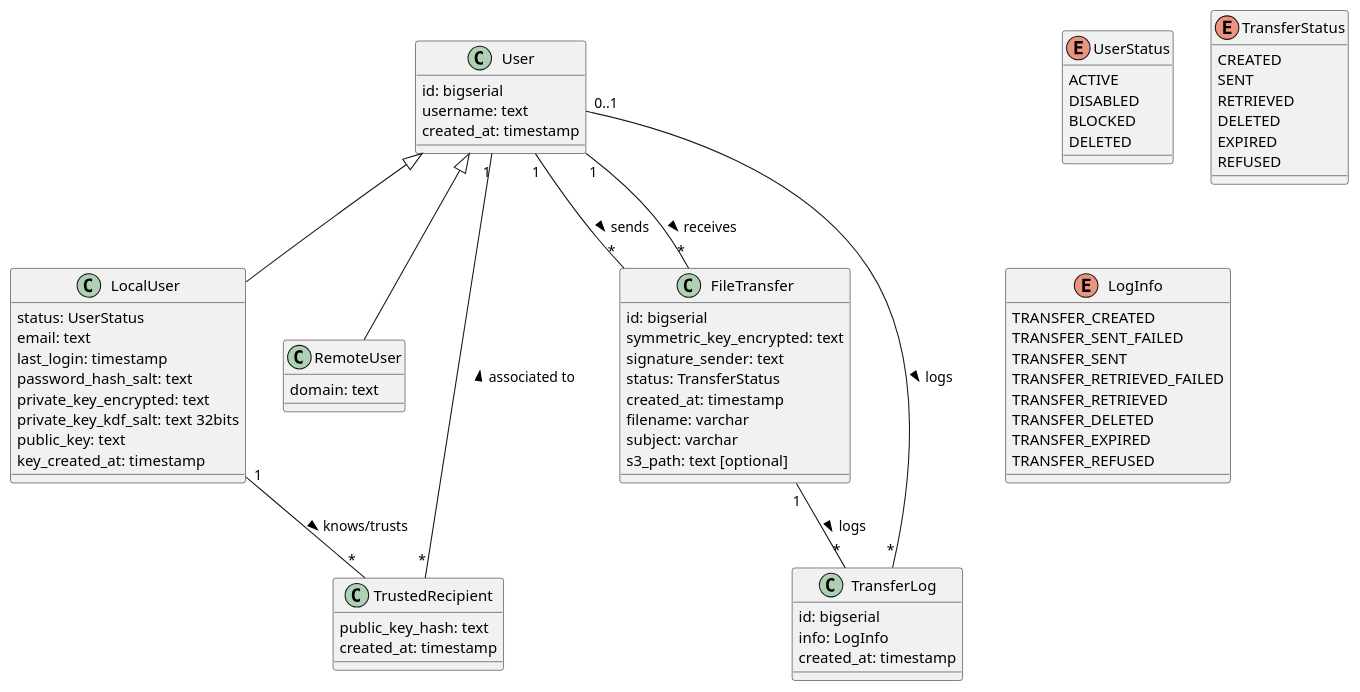
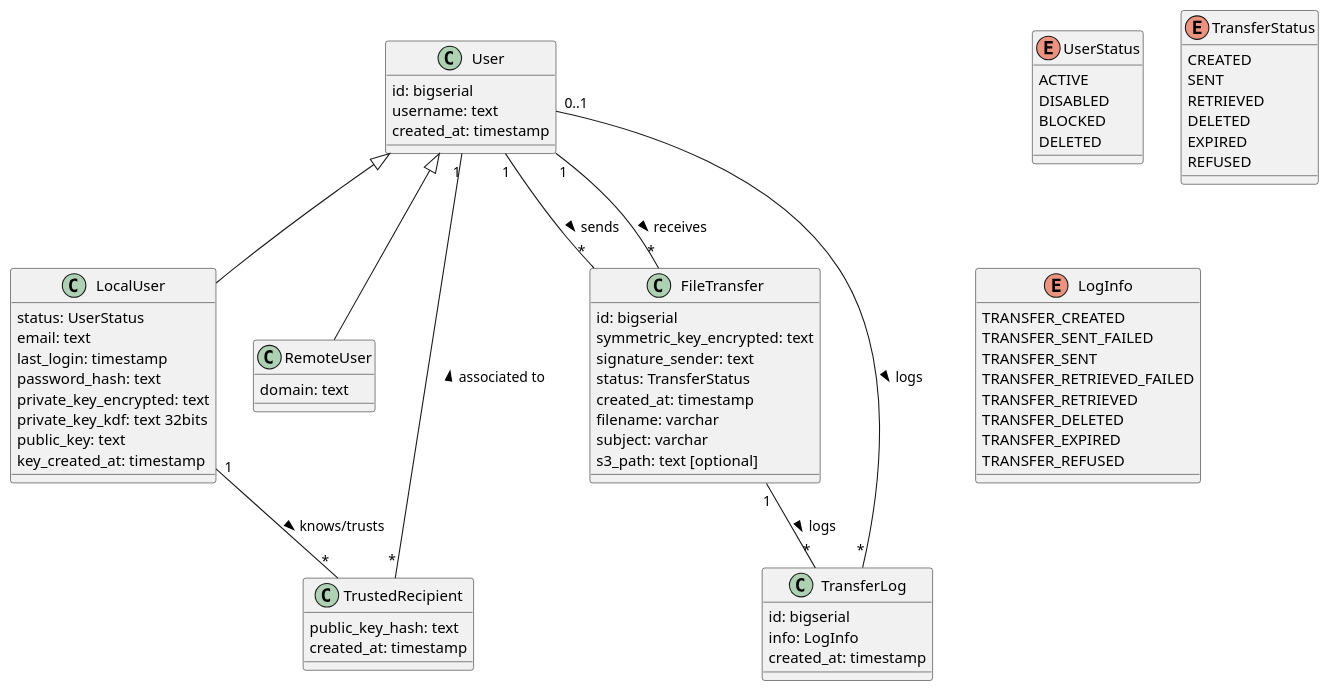
The diagram in documents/umls/database_schema.puml (BananaTransfer/BananaTransfer), drawn with PlantUML before and after one commit. The commit also changed 26 other files, not shown here.

```diff
--- a/documents/umls/database_schema.puml
+++ b/documents/umls/database_schema.puml
@@ -1,85 +1,85 @@
 @startuml
 
 enum UserStatus {
     ACTIVE
     DISABLED
     BLOCKED
     DELETED
 }
 
 enum TransferStatus {
     CREATED
     SENT
     RETRIEVED
     DELETED
     EXPIRED
     REFUSED
 }
 
 enum LogInfo {
     TRANSFER_CREATED
     TRANSFER_SENT_FAILED
     TRANSFER_SENT
     TRANSFER_RETRIEVED_FAILED
     TRANSFER_RETRIEVED
     TRANSFER_DELETED
     TRANSFER_EXPIRED
     TRANSFER_REFUSED
 }
 
 class User {
     id: bigserial
     username: text
     created_at: timestamp
 }
 
 class LocalUser {
     status: UserStatus
     email: text
     last_login: timestamp
-    password_hash_salt: text
+    password_hash: text
     private_key_encrypted: text
-    private_key_kdf_salt: text 32bits
+    private_key_kdf: text 32bits
     public_key: text
     key_created_at: timestamp
 }
 
 class RemoteUser {
     domain: text
 }
 
 class FileTransfer {
     id: bigserial
     symmetric_key_encrypted: text
     signature_sender: text
     status: TransferStatus
     created_at: timestamp
     filename: varchar
     subject: varchar
     s3_path: text [optional]
 }
 
 class TrustedRecipient {
     public_key_hash: text
     created_at: timestamp
 }
 
 class TransferLog {
     id: bigserial
     info: LogInfo
     created_at: timestamp
 }
 
 LocalUser -up-|> User
 RemoteUser -up-|> User
 
 User "1" -- "*" FileTransfer: sends >
 User "1" -- "*" FileTransfer: receives >
 
 LocalUser "1" -- "*" TrustedRecipient: knows/trusts >
 TrustedRecipient "*" -- "1" User: associated to >
 
 User "0..1" -- "*" TransferLog: logs >
 FileTransfer "1" -- "*" TransferLog: logs >
 
 @enduml
```
